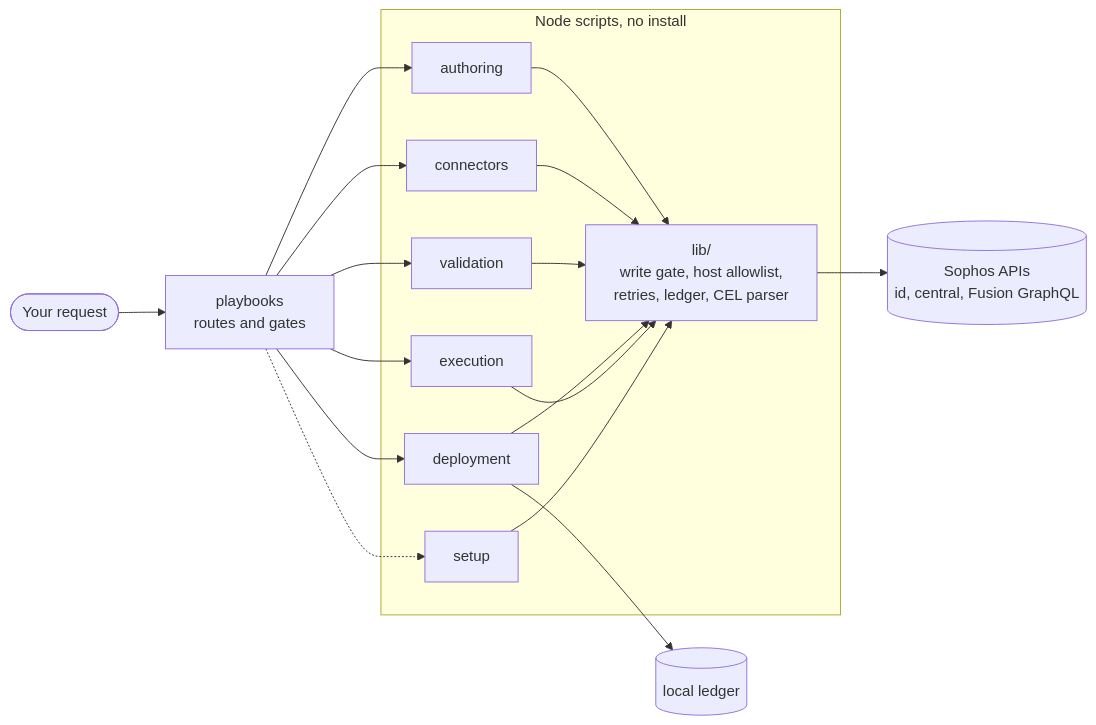
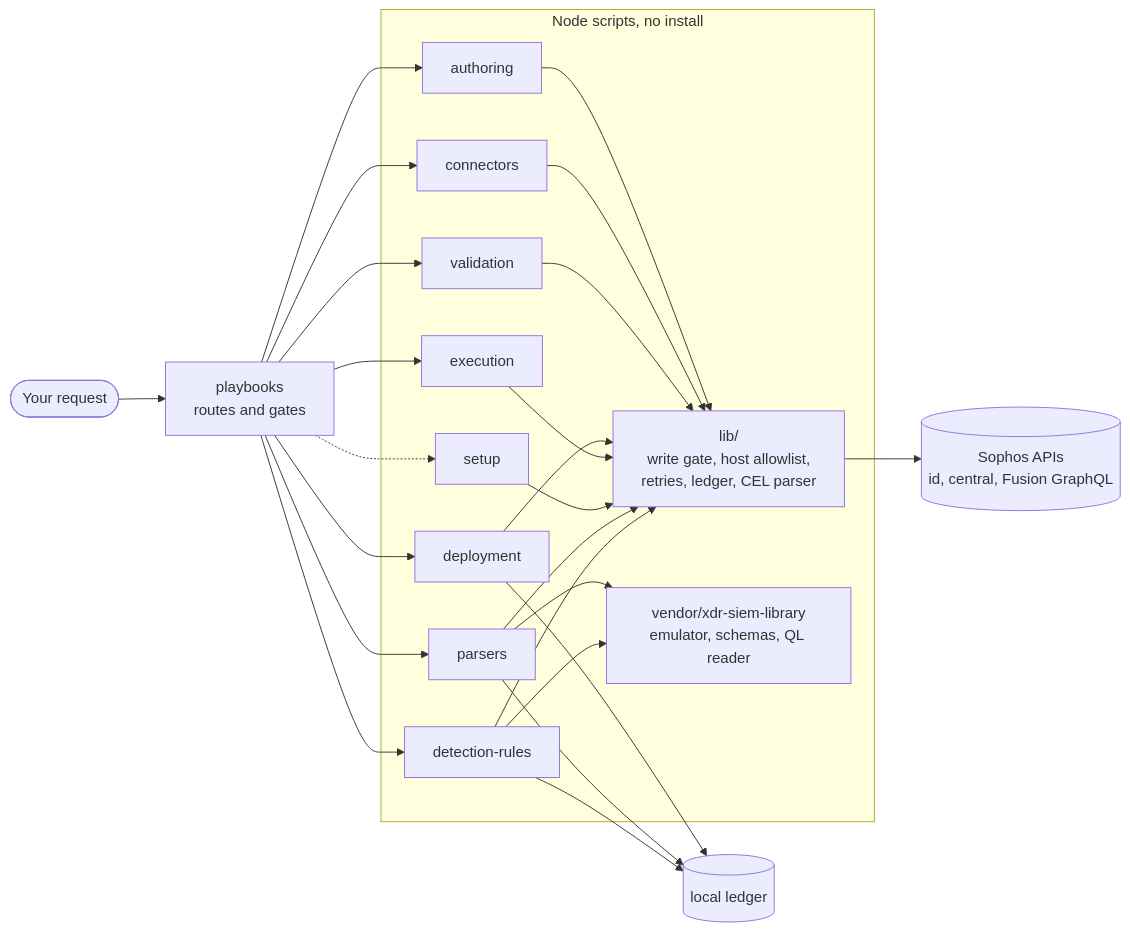
Before and after one commit to Aaronjacobs000/sophos-fusion-skills: the diagram in README.md, drawn with Mermaid. The commit also changed other lines of this file and 13 other files, not shown here.

First line of the commit message:
docs: 0.2.0 for the parsers and detection-rules skills

````diff
--- a/README.md
+++ b/README.md
@@ -140,15 +146,18 @@
 ```mermaid
 flowchart LR
     ask([Your request]) --> pb[playbooks<br/>routes and gates]
     pb --> au[authoring]
     pb --> cn[connectors]
     pb --> va[validation]
     pb --> de[deployment]
     pb --> ex[execution]
+    pb --> ps[parsers]
+    pb --> dr[detection-rules]
     pb -.-> se[setup]
     subgraph scripts [Node scripts, no install]
-        au & cn & va & de & ex & se --> lib[lib/<br/>write gate, host allowlist,<br/>retries, ledger, CEL parser]
+        au & cn & va & de & ex & se & ps & dr --> lib[lib/<br/>write gate, host allowlist,<br/>retries, ledger, CEL parser]
+        ps & dr --> xsl[vendor/xdr-siem-library<br/>emulator, schemas, QL reader]
     end
     lib --> api[(Sophos APIs<br/>id, central, Fusion GraphQL)]
-    de --> led[(local ledger)]
+    de & ps & dr --> led[(local ledger)]
 ```
````
